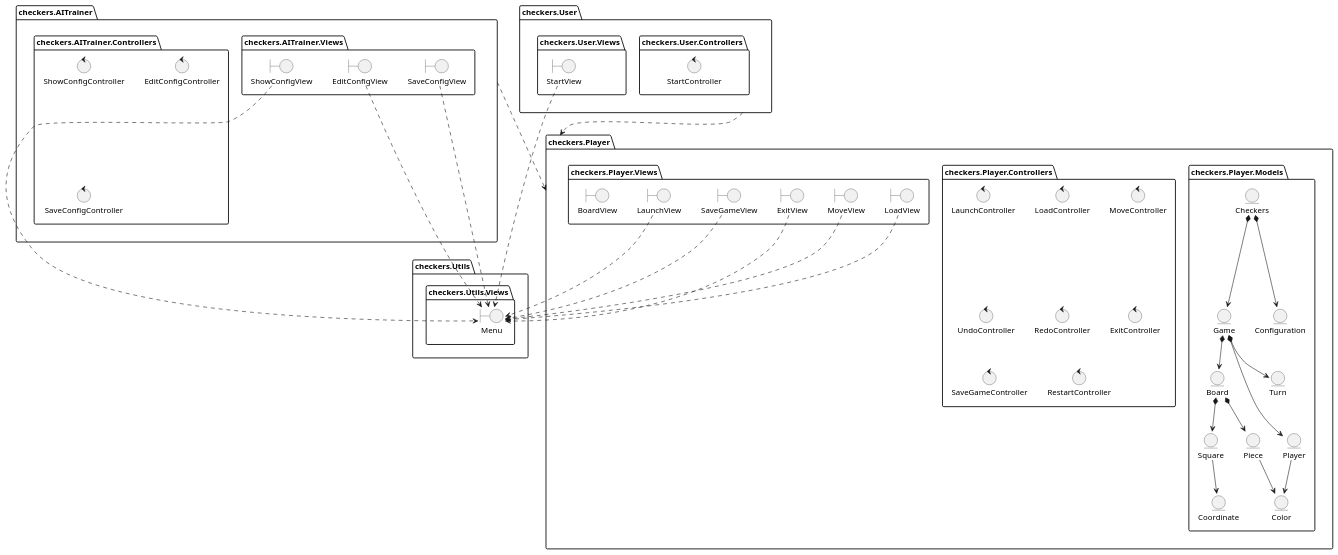
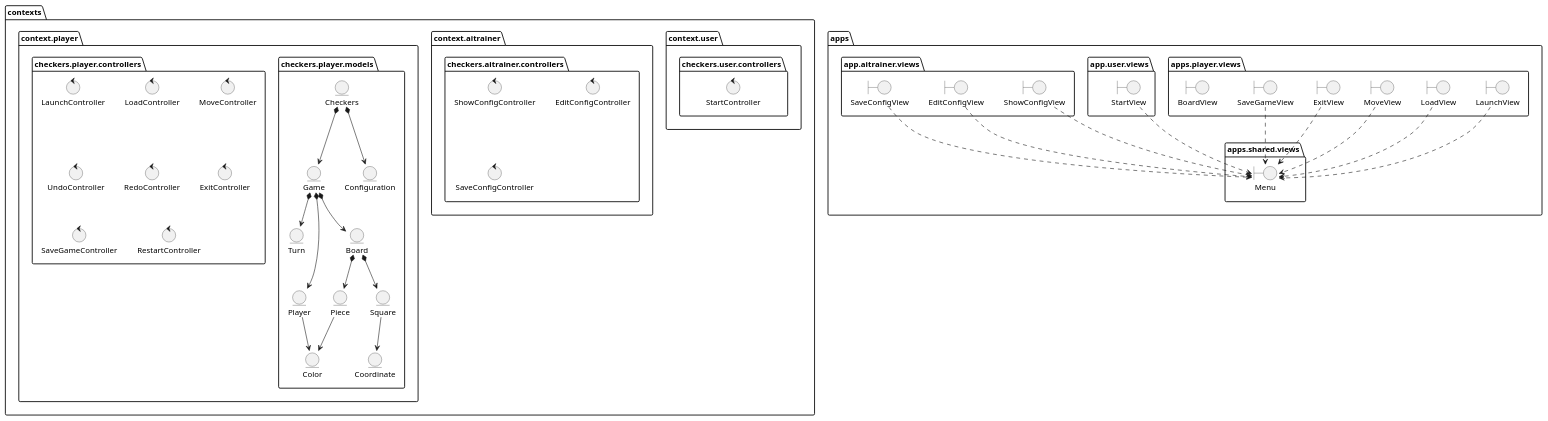
Before and after one commit to Master-Desarrollo-20-21/patrones-diseno---practica-final---juego-de-las-damas-fraylopez: the diagram in docs/src/analysis/packages.plantuml, drawn with PlantUML. The commit also changed 1 other file, not shown here.

Commit message:
modify hex arch diagrams

```diff
--- a/docs/src/analysis/packages.plantuml
+++ b/docs/src/analysis/packages.plantuml
@@ -1,99 +1,96 @@
 @startuml Packages
 
 
-package checkers.Utils {
-  package checkers.Utils.Views {
+package apps {
+  package apps.shared.views {
     boundary Menu
   }
-}
 
-package checkers.User{
-  package checkers.User.Controllers{
-    control StartController
-  }
-  package checkers.User.Views{
+ package apps.player.views{
+      boundary LaunchView
+      boundary LoadView
+      boundary MoveView
+      boundary ExitView
+      boundary SaveGameView
+      boundary BoardView
+
+      LaunchView ..> Menu
+      LoadView ..> Menu
+      MoveView ..> Menu
+      ExitView ..> Menu
+      SaveGameView ..> Menu
+    }
+
+  package app.user.views{
     boundary StartView
     StartView ..> Menu
   }
-}
 
-
-
-package checkers.AITrainer {
-  package checkers.AITrainer.Controllers{
-    control ShowConfigController
-    control EditConfigController
-    control SaveConfigController
-  }
-  package checkers.AITrainer.Views{
+  package app.aitrainer.views{
     boundary ShowConfigView
     boundary EditConfigView
     boundary SaveConfigView
     ShowConfigView ..> Menu
     EditConfigView ..> Menu
     SaveConfigView ..> Menu
   }
 }
 
-package checkers.Player {
-  package checkers.Player.Models{
-    entity Checkers
-    entity Game
-    entity Turn
-    entity Player
-    entity Board
-    entity Color
-    entity Coordinate
-    entity Configuration
-    entity Piece
-    entity Square
-
-    Checkers *--> Configuration
-    Checkers *--> Game
-    Game *--> Turn
-    Game *--> Player
-    Game *--> Board
-
-    Board *--> Square
-    Board *--> Piece
-    Piece --> Color
-    Player --> Color
-    Square --> Coordinate
+package contexts{
+  package context.user{
+    package checkers.user.controllers{
+      control StartController
+    }
 
   }
 
-  package checkers.Player.Controllers{
-    control LaunchController
-    control LoadController
-    control MoveController
-    control UndoController
-    control RedoController
-    control ExitController
-    control SaveGameController
-    control RestartController
+  package context.aitrainer {
+    package checkers.aitrainer.controllers{
+      control ShowConfigController
+      control EditConfigController
+      control SaveConfigController
+    }
   }
 
-  package checkers.Player.Views{
-    boundary LaunchView
-    boundary LoadView
-    boundary MoveView
-    boundary ExitView
-    boundary SaveGameView
-    boundary BoardView
 
-    LaunchView ..> Menu
-    LoadView ..> Menu
-    MoveView ..> Menu
-    ExitView ..> Menu
-    SaveGameView ..> Menu
+  package context.player {
+    package checkers.player.models{
+      entity Checkers
+      entity Game
+      entity Turn
+      entity Player
+      entity Board
+      entity Color
+      entity Coordinate
+      entity Configuration
+      entity Piece
+      entity Square
+
+      Checkers *--> Configuration
+      Checkers *--> Game
+      Game *--> Turn
+      Game *--> Player
+      Game *--> Board
+
+      Board *--> Square
+      Board *--> Piece
+      Piece --> Color
+      Player --> Color
+      Square --> Coordinate
+
+    }
+
+    package checkers.player.controllers{
+      control LaunchController
+      control LoadController
+      control MoveController
+      control UndoController
+      control RedoController
+      control ExitController
+      control SaveGameController
+      control RestartController
+    }
   }
 }
 
-checkers.User ..> checkers.Player
-checkers.AITrainer ..> checkers.Player
-
-
-
-
-
 @enduml
```
